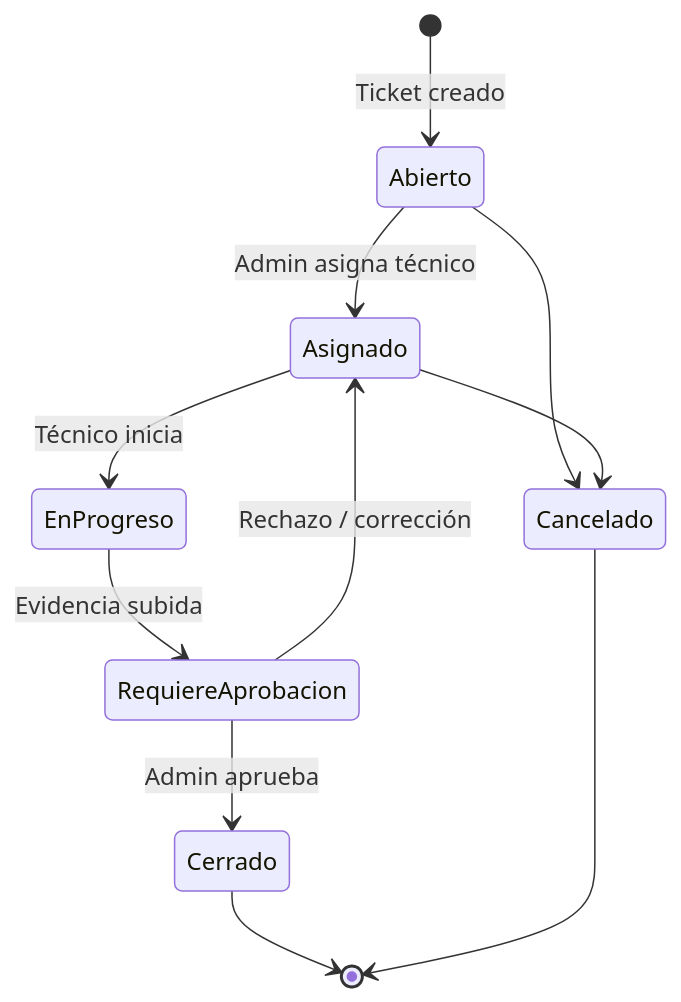
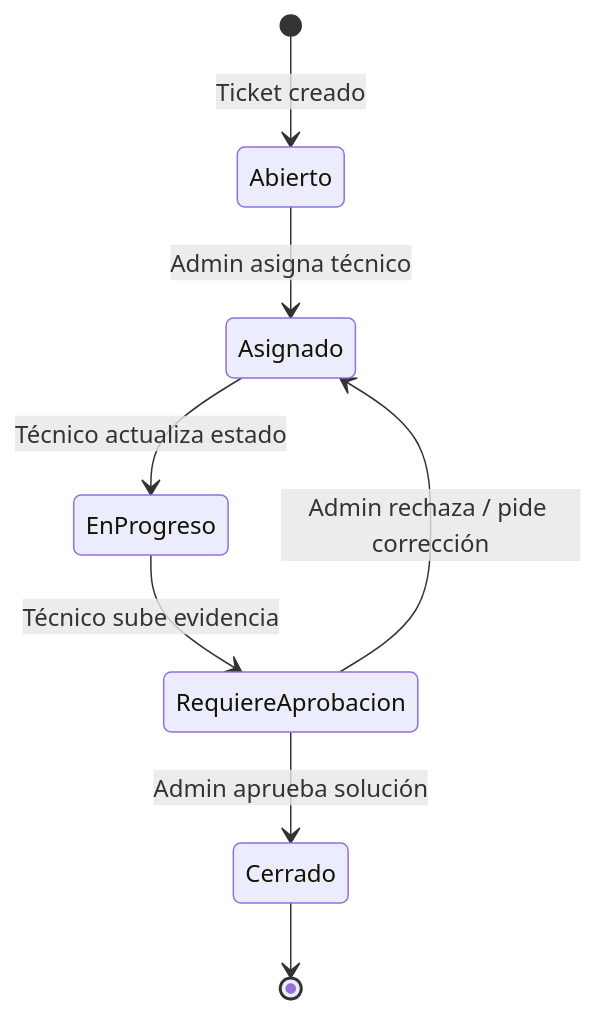
One commit to JMontes1986/GemelliFix changed the second of 3 diagrams in README.md. Above: the diagram before and after it, drawn with Mermaid. The commit also changed other lines of this file, not shown here.

Commit message:
o sea no puedes cambiar nada, actualiza el readme por favor con todos lo

````diff
--- a/README.md
+++ b/README.md
@@ -56,13 +59,10 @@
 ```mermaid
 stateDiagram-v2
     [*] --> Abierto: Ticket creado
     Abierto --> Asignado: Admin asigna técnico
-    Asignado --> EnProgreso: Técnico inicia
-    EnProgreso --> RequiereAprobacion: Evidencia subida
-    RequiereAprobacion --> Cerrado: Admin aprueba
-    RequiereAprobacion --> Asignado: Rechazo / corrección
-    Abierto --> Cancelado
-    Asignado --> Cancelado
+    Asignado --> EnProgreso: Técnico actualiza estado
+    EnProgreso --> RequiereAprobacion: Técnico sube evidencia
+    RequiereAprobacion --> Cerrado: Admin aprueba solución
+    RequiereAprobacion --> Asignado: Admin rechaza / pide corrección
     Cerrado --> [*]
-    Cancelado --> [*]
 ```
````
